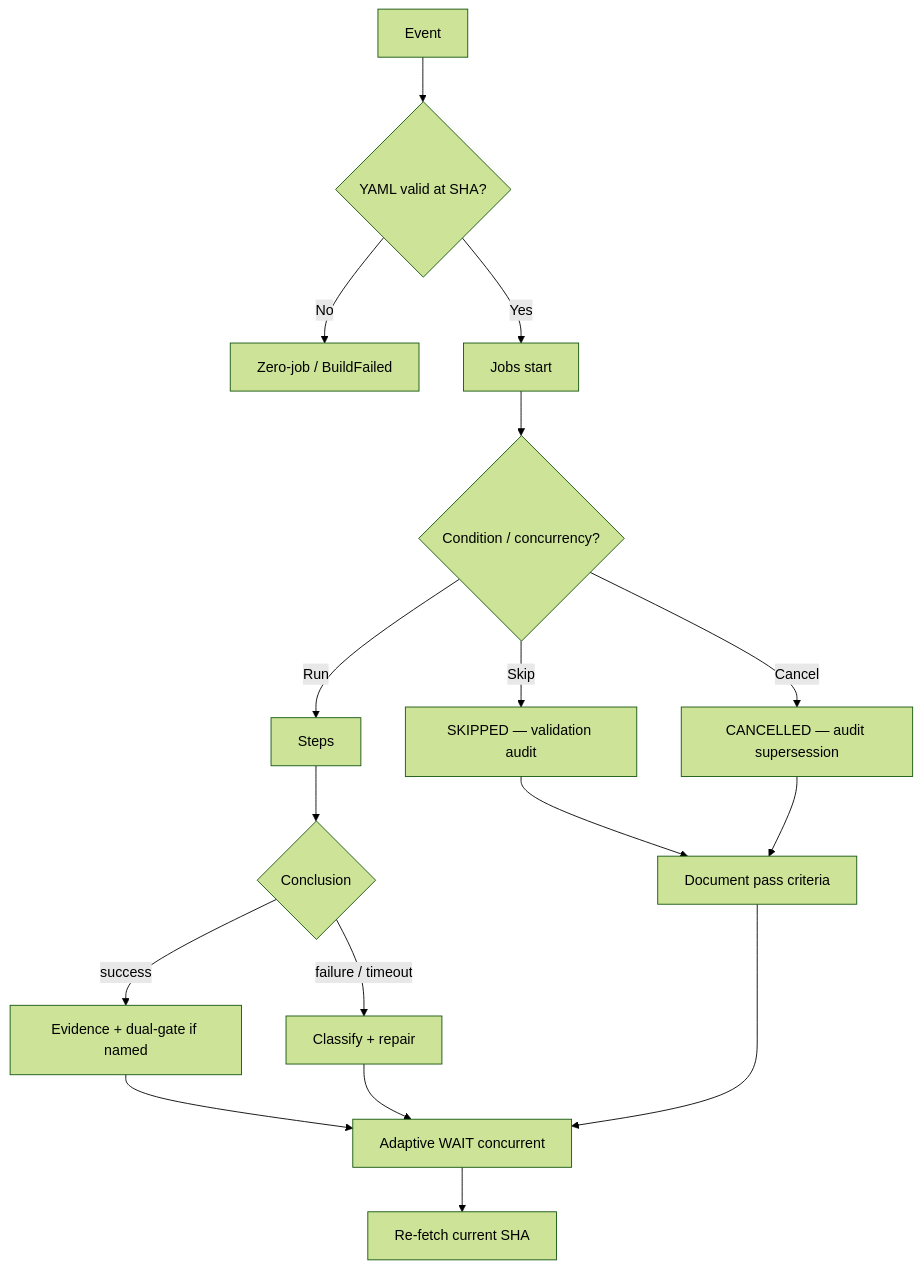
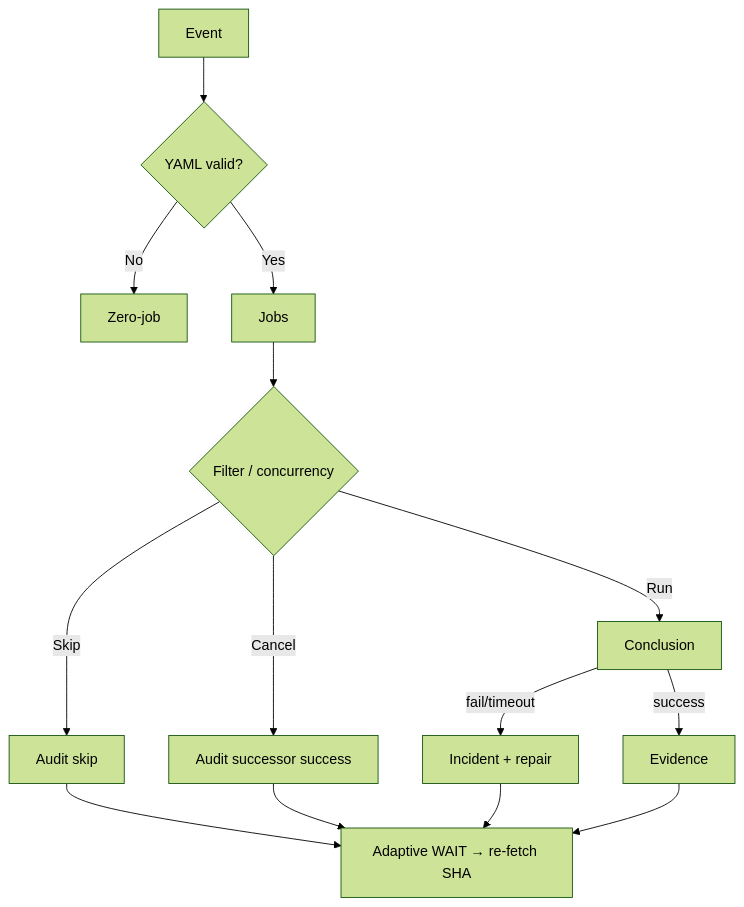
The diagram in docs/ops/ACTIONS-WORKFLOWS-MATRIX.md (timerloggedout-spec/termux-monorepo), drawn with Mermaid (forest theme) before and after one commit. The commit also changed other lines of this file, not shown here.

````diff
--- a/docs/ops/ACTIONS-WORKFLOWS-MATRIX.md
+++ b/docs/ops/ACTIONS-WORKFLOWS-MATRIX.md
@@ -95,19 +72,13 @@
 ```mermaid
 flowchart TD
-  A[Event] --> B{YAML valid at SHA?}
-  B -->|No| C[Zero-job / BuildFailed]
-  B -->|Yes| D[Jobs start]
-  D --> E{Condition / concurrency?}
-  E -->|Skip| F[SKIPPED — validation audit]
-  E -->|Cancel| G[CANCELLED — audit supersession]
-  E -->|Run| H[Steps]
-  H --> I{Conclusion}
-  I -->|success| J[Evidence + dual-gate if named]
-  I -->|failure / timeout| K[Classify + repair]
-  F --> L[Document pass criteria]
-  G --> L
-  J --> M[Adaptive WAIT concurrent]
-  K --> M
-  L --> M
-  M --> N[Re-fetch current SHA]
+  A[Event] --> B{YAML valid?}
+  B -->|No| C[Zero-job]
+  B -->|Yes| D[Jobs]
+  D --> E{Filter / concurrency}
+  E -->|Skip| F[Audit skip]
+  E -->|Cancel| G[Audit successor success]
+  E -->|Run| H[Conclusion]
+  H -->|fail/timeout| I[Incident + repair]
+  H -->|success| J[Evidence]
+  F & G & I & J --> K[Adaptive WAIT → re-fetch SHA]
 ```
````
